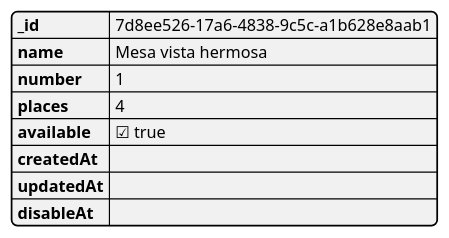
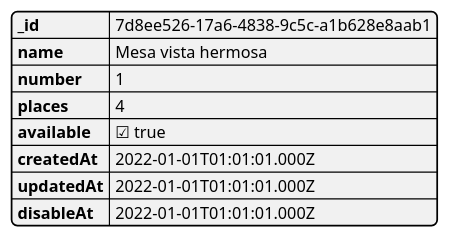
One commit to icc-dev/vc-project-architecture changed the diagram in plantuml/jsons/table.puml. Above: the diagram before and after it, drawn with PlantUML. The commit also changed 8 other files, not shown here.

```diff
--- a/plantuml/jsons/table.puml
+++ b/plantuml/jsons/table.puml
@@ -1,12 +1,12 @@
 @startjson
 {
-"_id": "7d8ee526-17a6-4838-9c5c-a1b628e8aab1",
-"name": "Mesa vista hermosa",
-"number": 1,
-"places": 4,
-"available": true,
-"createdAt": "",
-"updatedAt": "",
-"disableAt": ""
+    "_id": "7d8ee526-17a6-4838-9c5c-a1b628e8aab1",
+    "name": "Mesa vista hermosa",
+    "number": 1,
+    "places": 4,
+    "available": true,
+    "createdAt": "2022-01-01T01:01:01.000Z",
+    "updatedAt": "2022-01-01T01:01:01.000Z",
+    "disableAt": "2022-01-01T01:01:01.000Z"
 }
 @endjson
```
